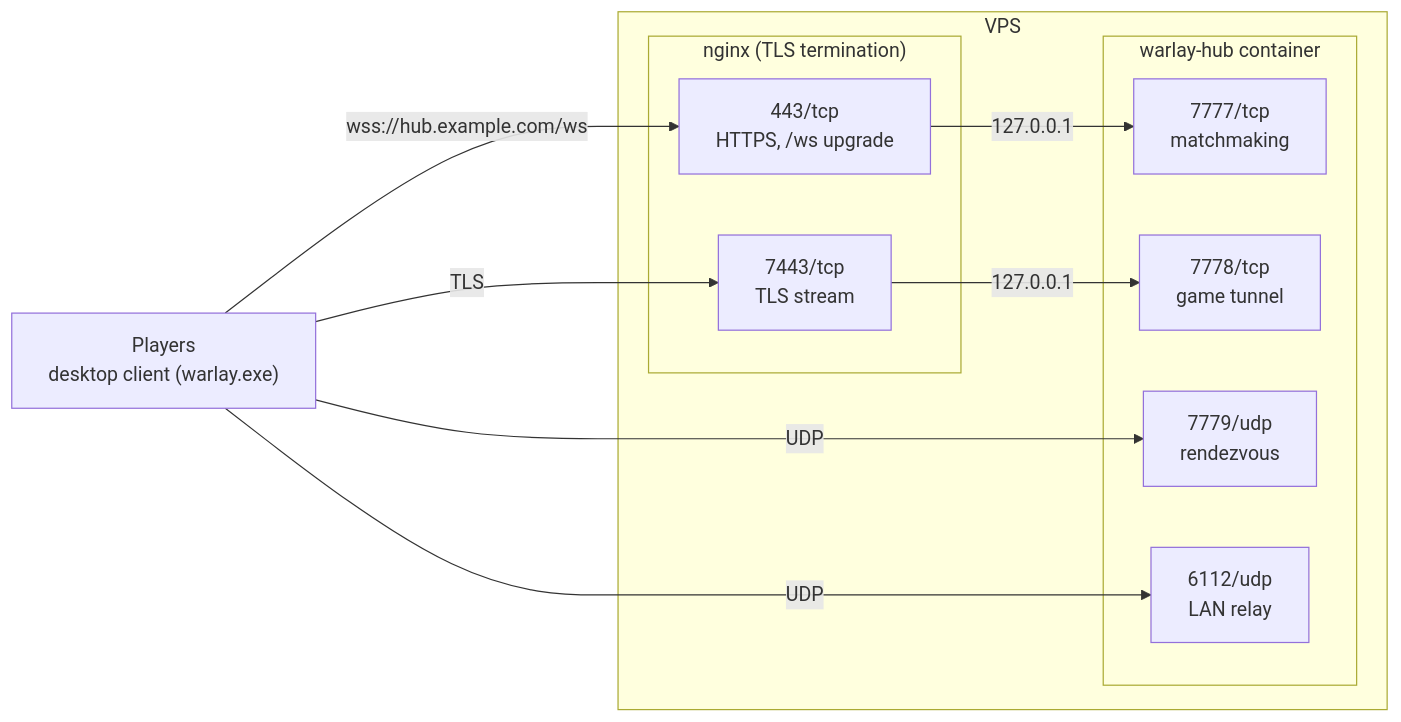
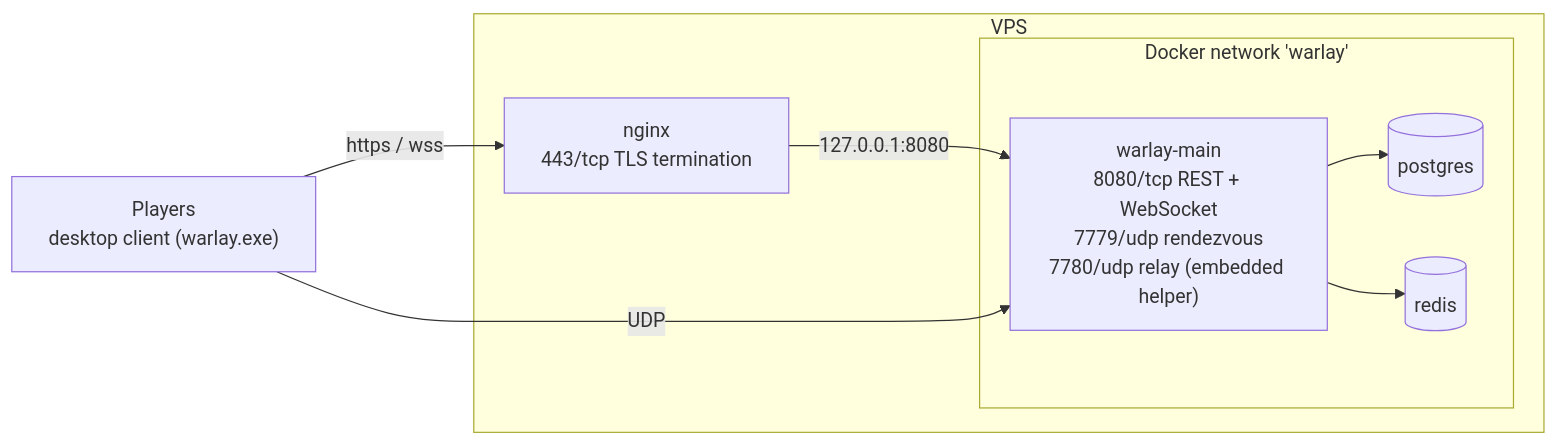
One commit to jhonsferg/warlay changed the third of 4 diagrams in README.md. Above: the diagram before and after it, drawn with Mermaid. The commit also changed other lines of this file, not shown here.

First line of the commit message:
docs: actualiza el README a la arquitectura main y helper

````diff
--- a/README.md
+++ b/README.md
@@ -360,24 +415,19 @@
 ```mermaid
 flowchart LR
     players["Players<br/>desktop client (warlay.exe)"]
 
     subgraph vps["VPS"]
-        subgraph nginx["nginx (TLS termination)"]
-            https["443/tcp<br/>HTTPS, /ws upgrade"]
-            stream["7443/tcp<br/>TLS stream"]
-        end
-        subgraph container["warlay-hub container"]
-            ws["7777/tcp<br/>matchmaking"]
-            tcp["7778/tcp<br/>game tunnel"]
-            rv["7779/udp<br/>rendezvous"]
-            relay["6112/udp<br/>LAN relay"]
+        nginx["nginx<br/>443/tcp TLS termination"]
+        subgraph docker["Docker network 'warlay'"]
+            main["warlay-main<br/>8080/tcp REST + WebSocket<br/>7779/udp rendezvous<br/>7780/udp relay (embedded helper)"]
+            pg[("postgres")]
+            rd[("redis")]
         end
     end
 
-    players -->|wss://hub.example.com/ws| https
-    players -->|TLS| stream
-    players -->|UDP| rv
-    players -->|UDP| relay
-    https -->|127.0.0.1| ws
-    stream -->|127.0.0.1| tcp
+    players -->|"https / wss"| nginx
+    nginx -->|127.0.0.1:8080| main
+    players -->|UDP| main
+    main --> pg
+    main --> rd
 ```
````
